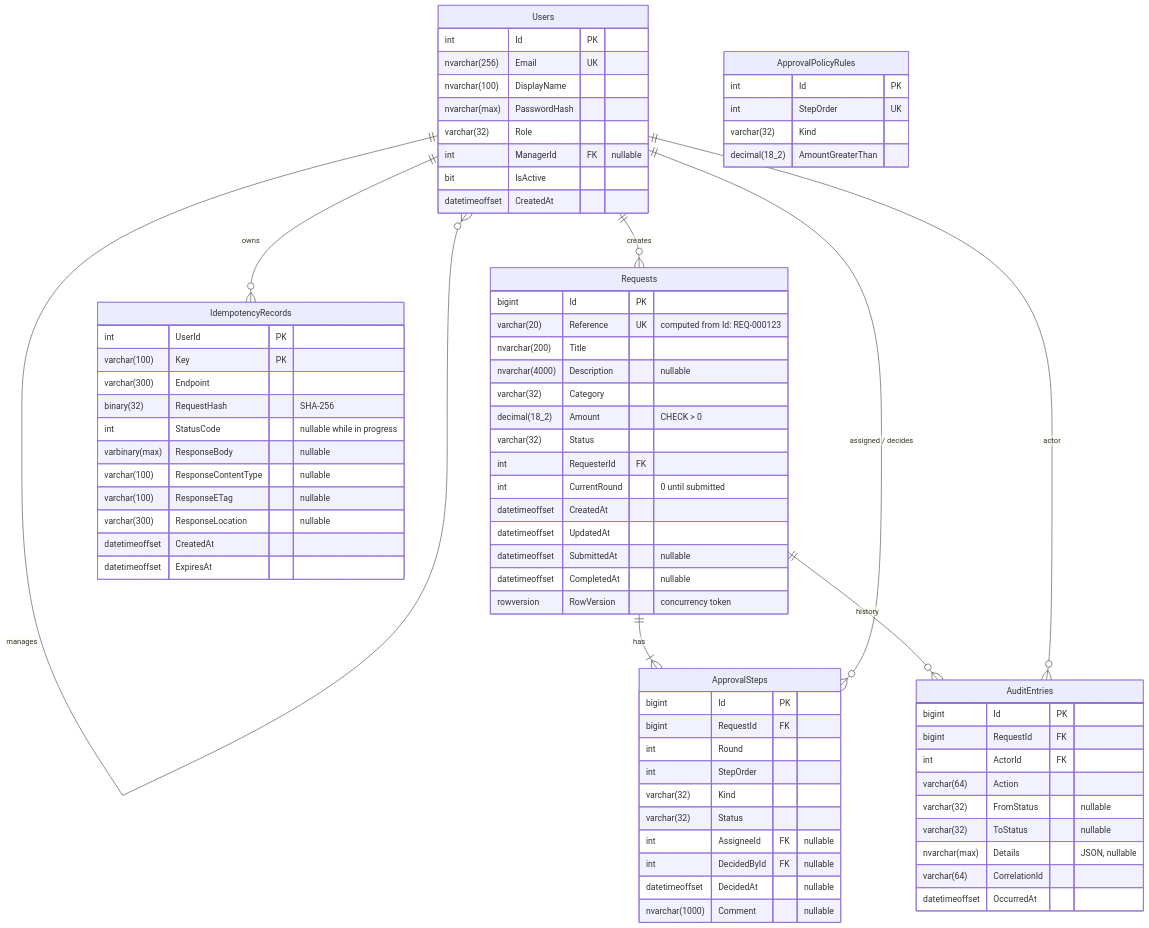
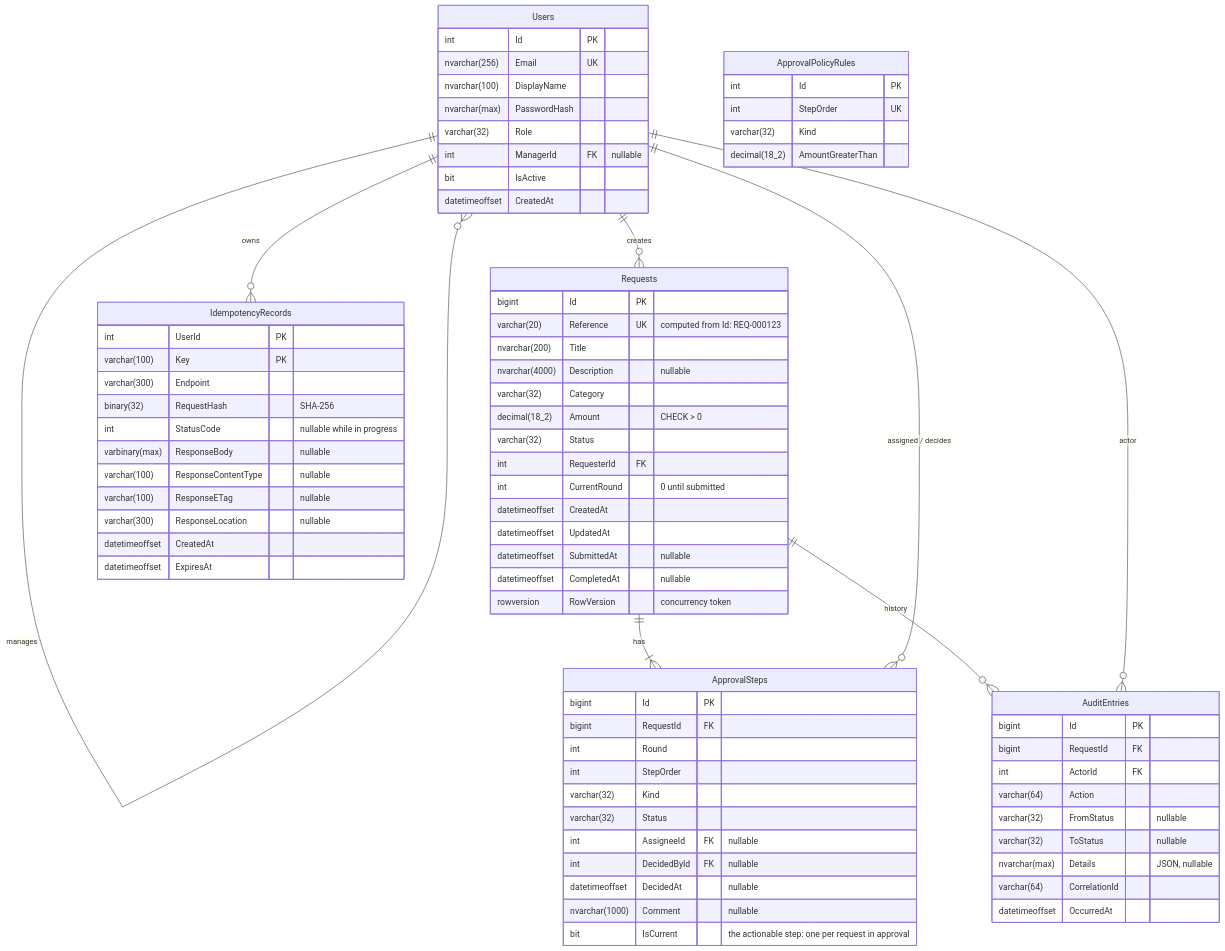
One commit to silverricardo/opsflow-api changed the third of 3 diagrams in docs/design.md. Above: the diagram before and after it, drawn with Mermaid. The commit also changed other lines of this file, not shown here.

First line of the commit message:
docs(design): index table and ER diagram reflect IsCurrent and list indexes

````diff
--- a/docs/design.md
+++ b/docs/design.md
@@ -96,79 +96,80 @@
 ```mermaid
 erDiagram
     Users ||--o{ Users : "manages"
     Users ||--o{ Requests : "creates"
     Requests ||--|{ ApprovalSteps : "has"
     Users ||--o{ ApprovalSteps : "assigned / decides"
     Requests ||--o{ AuditEntries : "history"
     Users ||--o{ AuditEntries : "actor"
     Users ||--o{ IdempotencyRecords : "owns"
 
     Users {
         int Id PK
         nvarchar(256) Email UK
         nvarchar(100) DisplayName
         nvarchar(max) PasswordHash
         varchar(32) Role
         int ManagerId FK "nullable"
         bit IsActive
         datetimeoffset CreatedAt
     }
     Requests {
         bigint Id PK
         varchar(20) Reference UK "computed from Id: REQ-000123"
         nvarchar(200) Title
         nvarchar(4000) Description "nullable"
         varchar(32) Category
         decimal(18_2) Amount "CHECK > 0"
         varchar(32) Status
         int RequesterId FK
         int CurrentRound "0 until submitted"
         datetimeoffset CreatedAt
         datetimeoffset UpdatedAt
         datetimeoffset SubmittedAt "nullable"
         datetimeoffset CompletedAt "nullable"
         rowversion RowVersion "concurrency token"
     }
     ApprovalSteps {
         bigint Id PK
         bigint RequestId FK
         int Round
         int StepOrder
         varchar(32) Kind
         varchar(32) Status
         int AssigneeId FK "nullable"
         int DecidedById FK "nullable"
         datetimeoffset DecidedAt "nullable"
         nvarchar(1000) Comment "nullable"
+        bit IsCurrent "the actionable step: one per request in approval"
     }
     ApprovalPolicyRules {
         int Id PK
         int StepOrder UK
         varchar(32) Kind
         decimal(18_2) AmountGreaterThan
     }
     AuditEntries {
         bigint Id PK
         bigint RequestId FK
         int ActorId FK
         varchar(64) Action
         varchar(32) FromStatus "nullable"
         varchar(32) ToStatus "nullable"
         nvarchar(max) Details "JSON, nullable"
         varchar(64) CorrelationId
         datetimeoffset OccurredAt
     }
     IdempotencyRecords {
         int UserId PK
         varchar(100) Key PK
         varchar(300) Endpoint
         binary(32) RequestHash "SHA-256"
         int StatusCode "nullable while in progress"
         varbinary(max) ResponseBody "nullable"
         varchar(100) ResponseContentType "nullable"
         varchar(100) ResponseETag "nullable"
         varchar(300) ResponseLocation "nullable"
         datetimeoffset CreatedAt
         datetimeoffset ExpiresAt
     }
 ```
````
